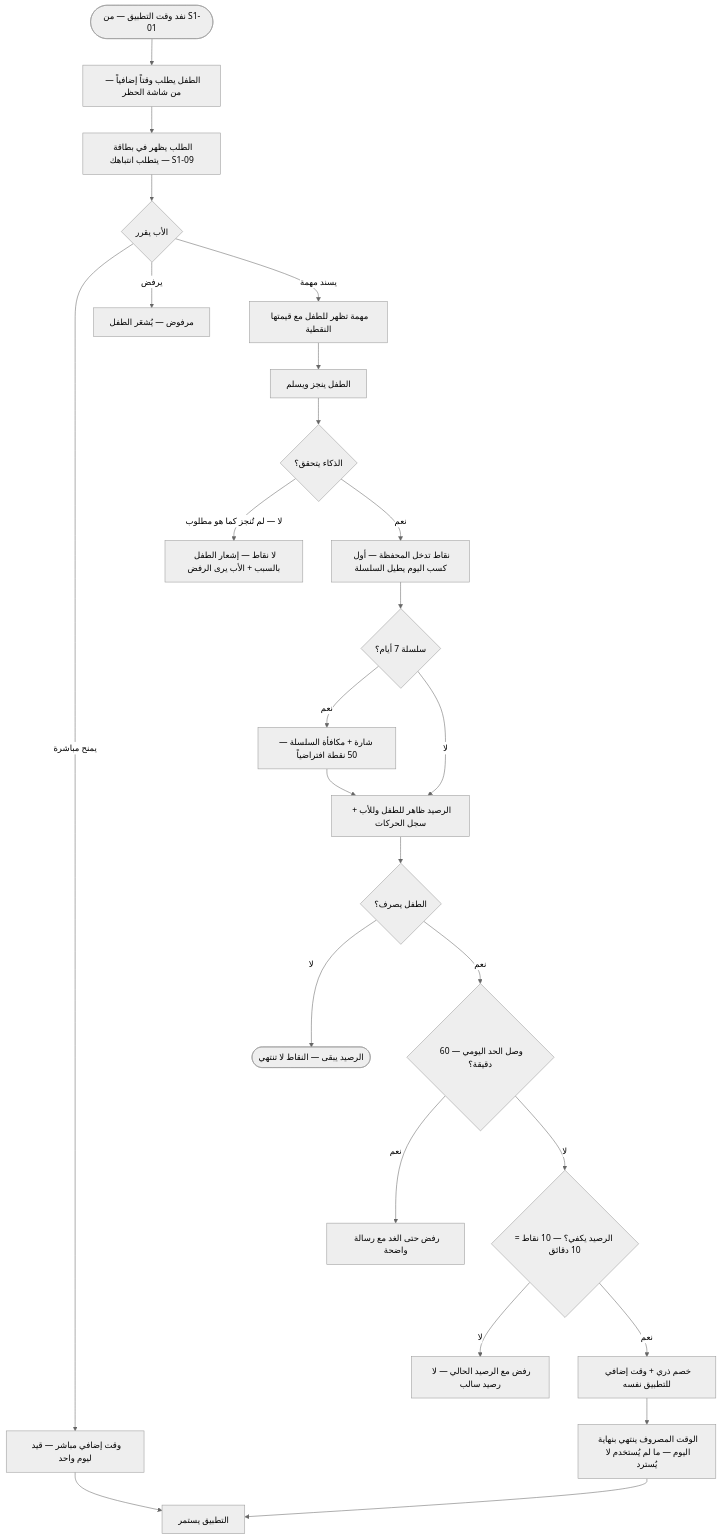
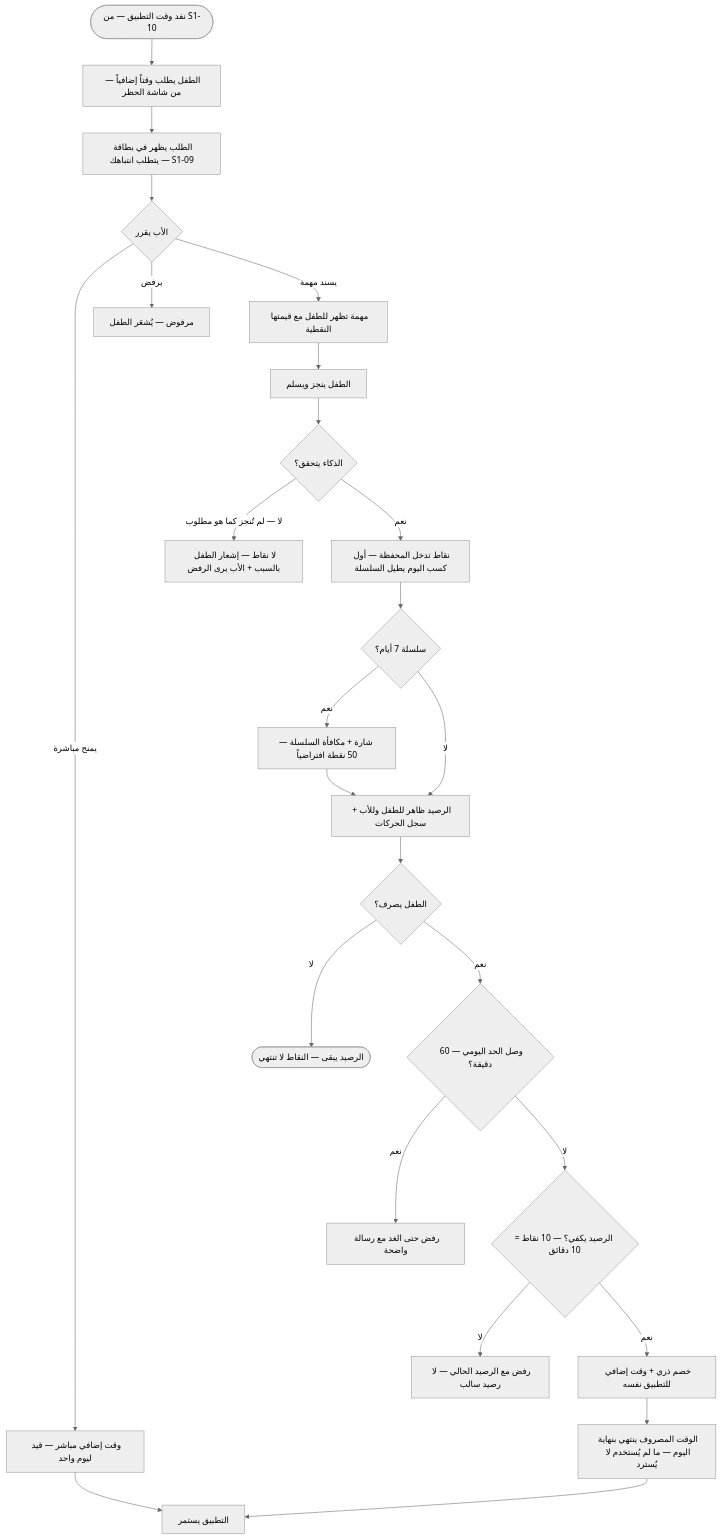
The ninth of 11 diagrams in docs/family-os/governance/phases/phase-1/S1-05-rewards-children/DIAGRAMS.md (Bassam-mohammed-alqaeadi/family-os-v2), drawn with Mermaid (neutral theme) before and after one commit. The commit also changed other lines of this file and 11 other files, not shown here.

````diff
--- a/docs/family-os/governance/phases/phase-1/S1-05-rewards-children/DIAGRAMS.md
+++ b/docs/family-os/governance/phases/phase-1/S1-05-rewards-children/DIAGRAMS.md
@@ -330,27 +330,27 @@
 ```mermaid
 flowchart TD
-    Start([نفد وقت التطبيق — من S1-01]) --> Req[الطفل يطلب وقتاً إضافياً — من شاشة الحظر]
+    Start([نفد وقت التطبيق — من S1-10]) --> Req[الطفل يطلب وقتاً إضافياً — من شاشة الحظر]
     Req --> Card[الطلب يظهر في بطاقة يتطلب انتباهك — S1-09]
     Card --> Father{الأب يقرر}
     Father -->|يمنح مباشرة| Grant[وقت إضافي مباشر — قيد ليوم واحد]
     Grant --> Play[التطبيق يستمر]
     Father -->|يرفض| Reject[مرفوض — يُشعَر الطفل]
     Father -->|يسند مهمة| Task[مهمة تظهر للطفل مع قيمتها النقطية]
     Task --> Do[الطفل ينجز ويسلم]
     Do --> AI{الذكاء يتحقق؟}
     AI -->|لا — لم تُنجز كما هو مطلوب| NoCredit[لا نقاط — إشعار الطفل بالسبب + الأب يرى الرفض]
     AI -->|نعم| Credit[نقاط تدخل المحفظة — أول كسب اليوم يطيل السلسلة]
     Credit --> Streak{سلسلة 7 أيام؟}
     Streak -->|نعم| Bonus[شارة + مكافأة السلسلة — 50 نقطة افتراضياً]
     Streak -->|لا| Wallet[الرصيد ظاهر للطفل وللأب + سجل الحركات]
     Bonus --> Wallet
     Wallet --> Redeem{الطفل يصرف؟}
     Redeem -->|لا| End([الرصيد يبقى — النقاط لا تنتهي])
     Redeem -->|نعم| Cap{وصل الحد اليومي — 60 دقيقة؟}
     Cap -->|نعم| Block[رفض حتى الغد مع رسالة واضحة]
     Cap -->|لا| Check{الرصيد يكفي؟ — 10 نقاط = 10 دقائق}
     Check -->|لا| NoBal[رفض مع الرصيد الحالي — لا رصيد سالب]
     Check -->|نعم| Spend[خصم ذري + وقت إضافي للتطبيق نفسه]
     Spend --> Expire[الوقت المصروف ينتهي بنهاية اليوم — ما لم يُستخدم لا يُسترد]
     Expire --> Play
 ```
````
